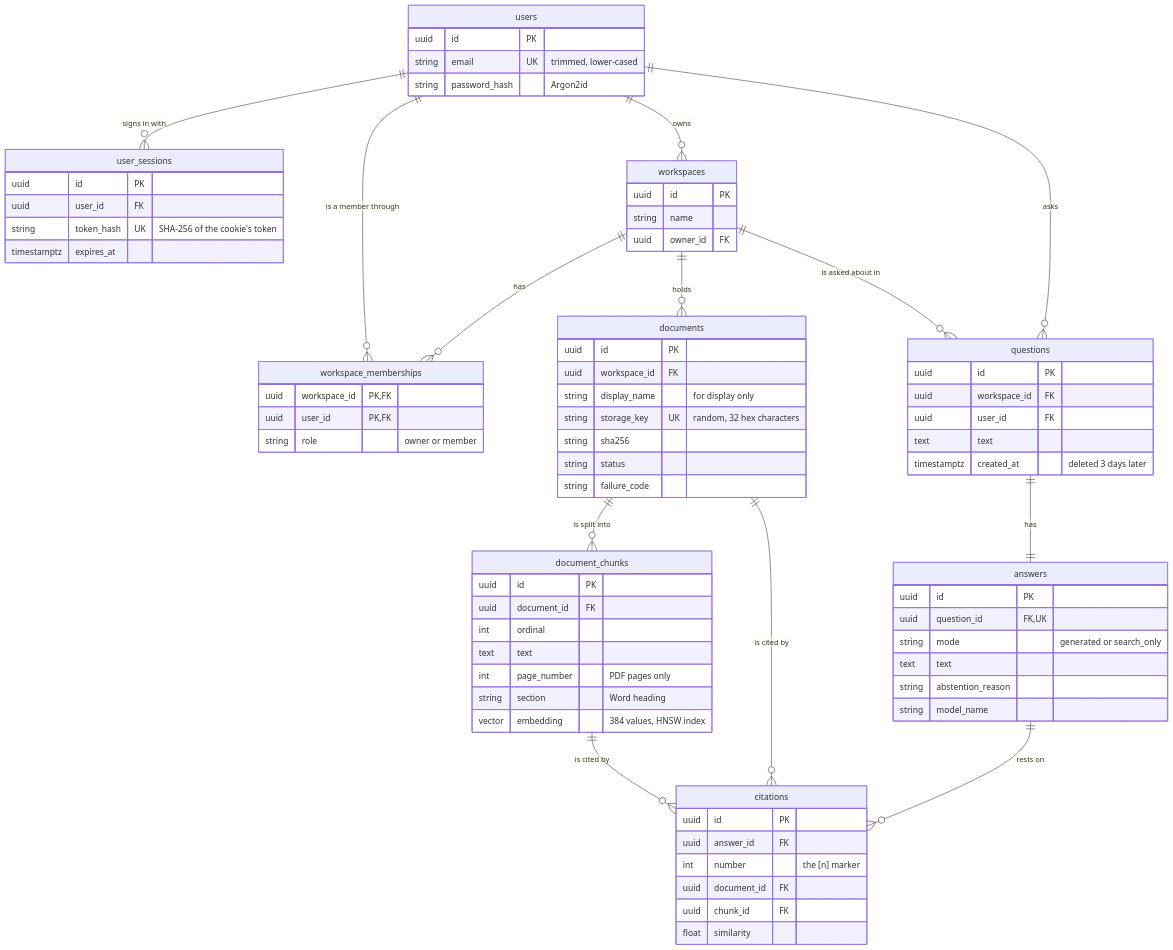
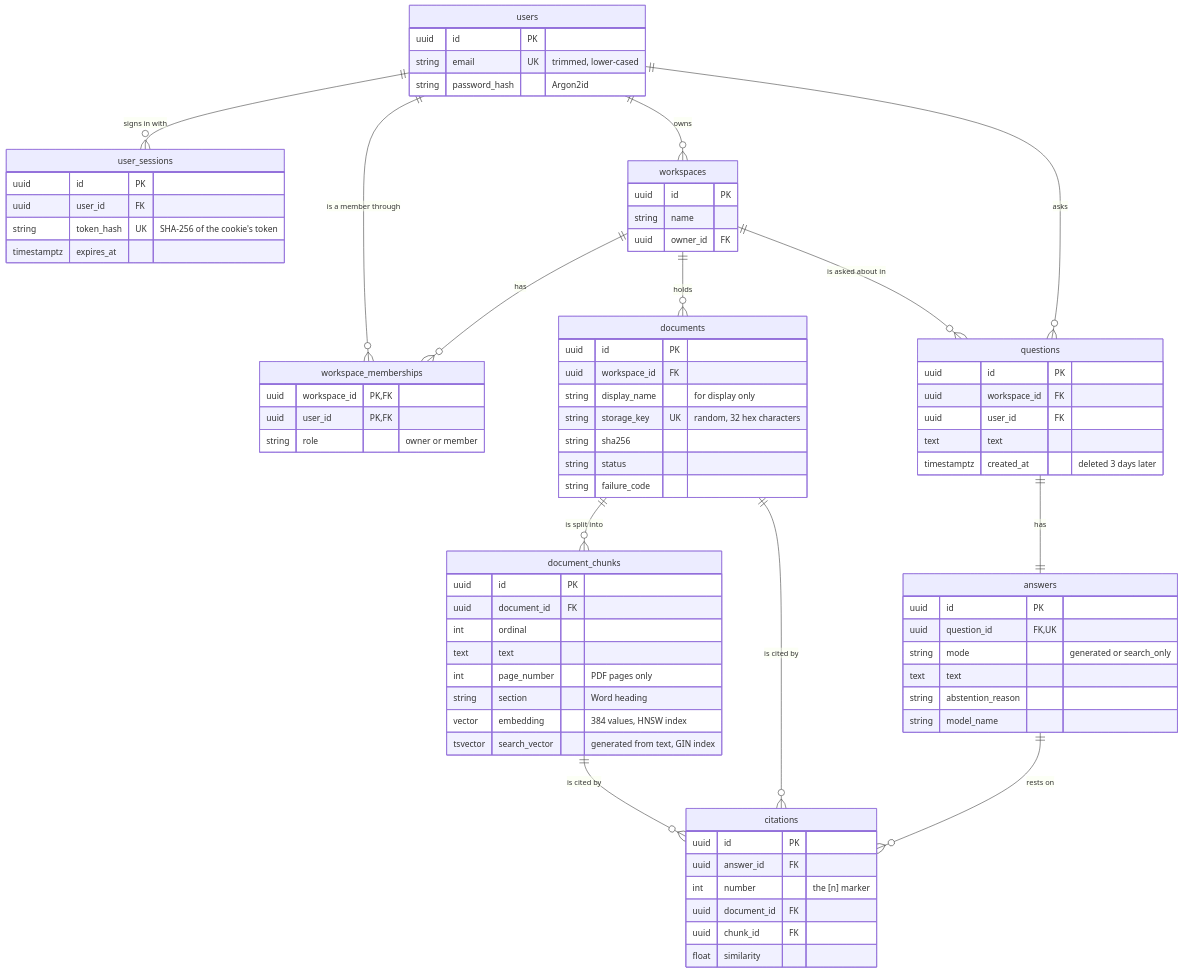
One commit to tatpudiarvind/evidence-backed-knowledge-assistant changed the fifth of 5 diagrams in docs/architecture/README.md. Above: the diagram before and after it, drawn with Mermaid. The commit also changed other lines of this file and 19 other files, not shown here.

````diff
--- a/docs/architecture/README.md
+++ b/docs/architecture/README.md
@@ -191,78 +197,79 @@
 ```mermaid
 erDiagram
     users ||--o{ user_sessions : "signs in with"
     users ||--o{ workspace_memberships : "is a member through"
     workspaces ||--o{ workspace_memberships : "has"
     users ||--o{ workspaces : "owns"
     workspaces ||--o{ documents : "holds"
     documents ||--o{ document_chunks : "is split into"
     workspaces ||--o{ questions : "is asked about in"
     users ||--o{ questions : "asks"
     questions ||--|| answers : "has"
     answers ||--o{ citations : "rests on"
     document_chunks ||--o{ citations : "is cited by"
     documents ||--o{ citations : "is cited by"
 
     users {
         uuid id PK
         string email UK "trimmed, lower-cased"
         string password_hash "Argon2id"
     }
     user_sessions {
         uuid id PK
         uuid user_id FK
         string token_hash UK "SHA-256 of the cookie's token"
         timestamptz expires_at
     }
     workspaces {
         uuid id PK
         string name
         uuid owner_id FK
     }
     workspace_memberships {
         uuid workspace_id PK, FK
         uuid user_id PK, FK
         string role "owner or member"
     }
     documents {
         uuid id PK
         uuid workspace_id FK
         string display_name "for display only"
         string storage_key UK "random, 32 hex characters"
         string sha256
         string status
         string failure_code
     }
     document_chunks {
         uuid id PK
         uuid document_id FK
         int ordinal
         text text
         int page_number "PDF pages only"
         string section "Word heading"
         vector embedding "384 values, HNSW index"
+        tsvector search_vector "generated from text, GIN index"
     }
     questions {
         uuid id PK
         uuid workspace_id FK
         uuid user_id FK
         text text
         timestamptz created_at "deleted 3 days later"
     }
     answers {
         uuid id PK
         uuid question_id FK, UK
         string mode "generated or search_only"
         text text
         string abstention_reason
         string model_name
     }
     citations {
         uuid id PK
         uuid answer_id FK
         int number "the [n] marker"
         uuid document_id FK
         uuid chunk_id FK
         float similarity
     }
 ```
````
